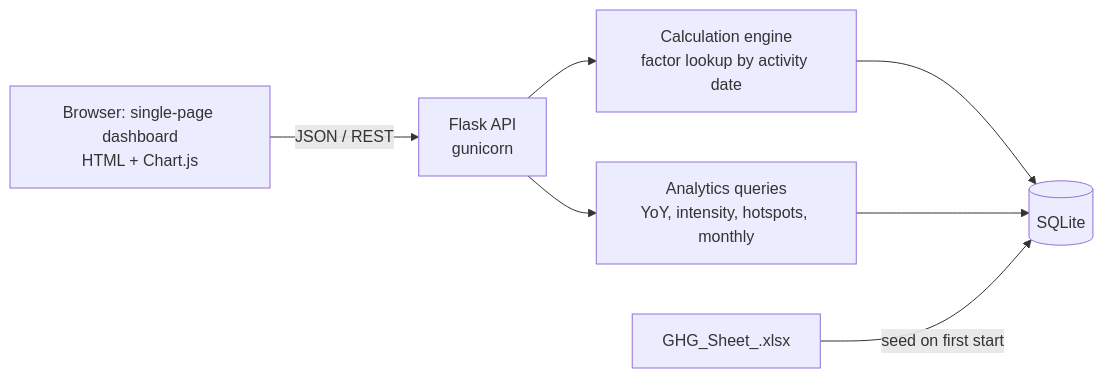
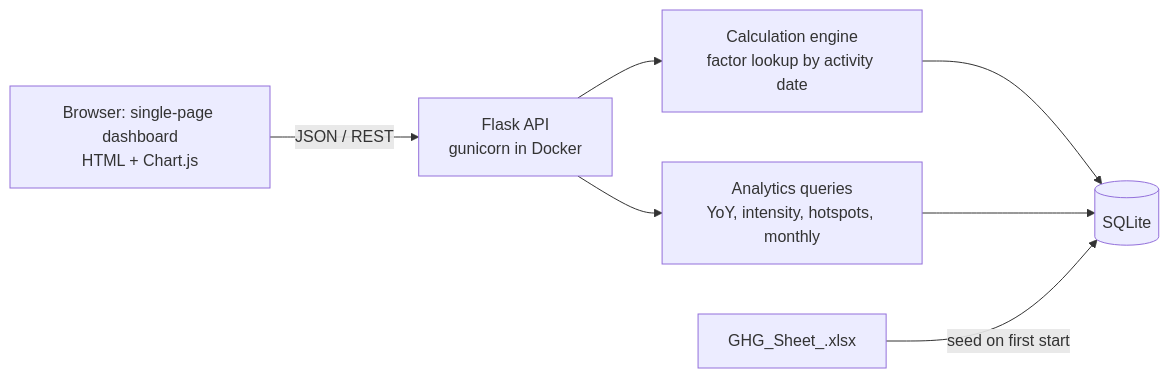
One commit to GauravBisen15/ghg-emissions-platform changed the diagram in README.md. Above: the diagram before and after it, drawn with Mermaid. The commit also changed other lines of this file, not shown here.

````diff
--- a/README.md
+++ b/README.md
@@ -27,8 +56,8 @@
 ```mermaid
 flowchart LR
-  B[Browser: single-page dashboard<br/>HTML + Chart.js] -->|JSON / REST| A[Flask API<br/>gunicorn]
+  B[Browser: single-page dashboard<br/>HTML + Chart.js] -->|JSON / REST| A[Flask API<br/>gunicorn in Docker]
   A --> E[Calculation engine<br/>factor lookup by activity date]
   A --> Q[Analytics queries<br/>YoY, intensity, hotspots, monthly]
   E & Q --> D[(SQLite)]
   X[GHG_Sheet_.xlsx] -->|seed on first start| D
 ```
````
